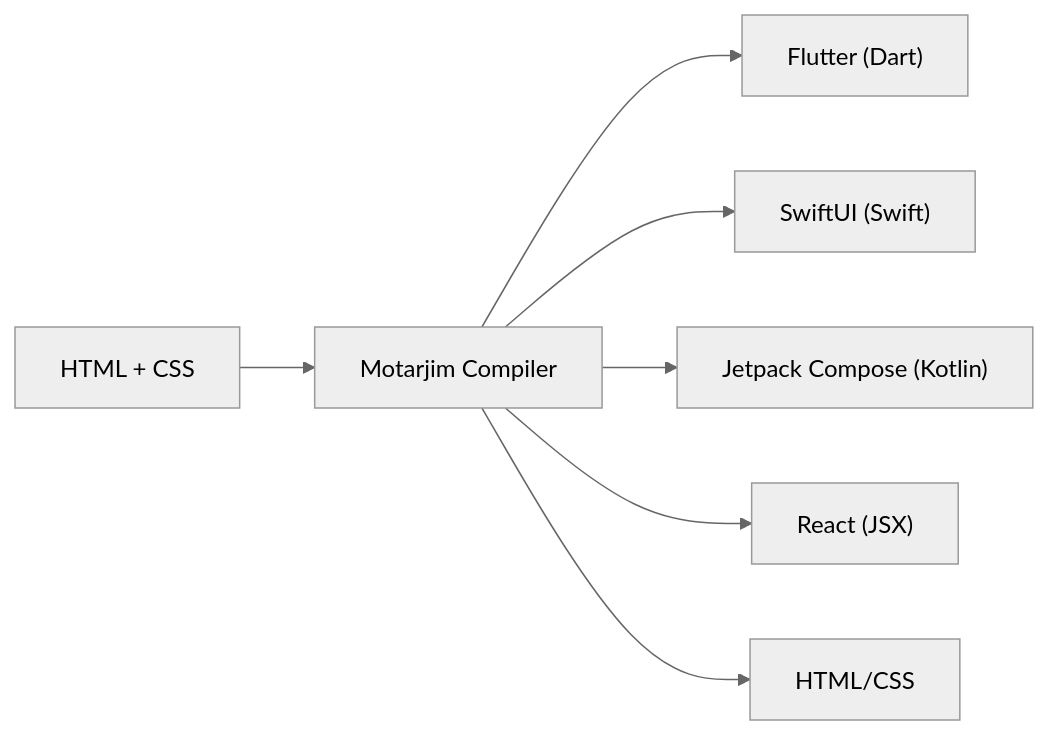
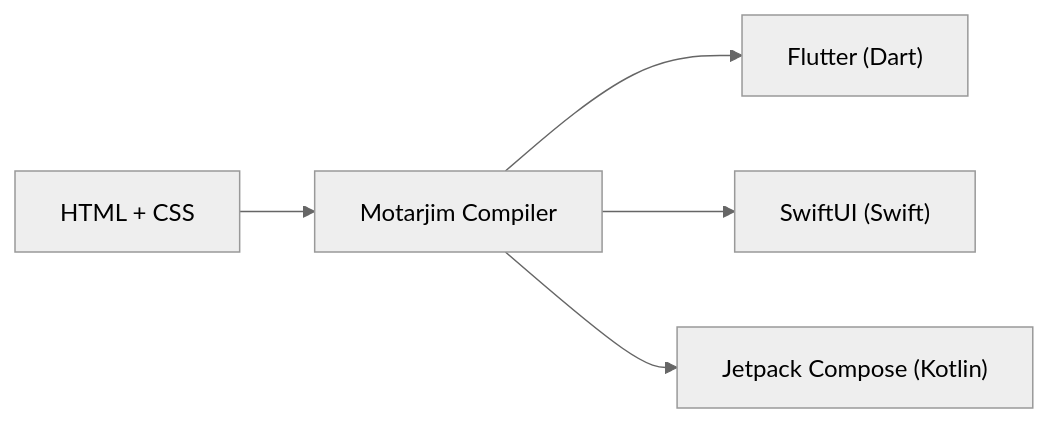
The first of 11 diagrams in README.md (abdelrzz9/motarjim), drawn with Mermaid (neutral theme) before and after one commit. The commit also changed other lines of this file, not shown here.

Commit message:
fix: remove React JSX and HTML from output targets, only Flutter/SwiftUI/Compose are available

````diff
--- a/README.md
+++ b/README.md
@@ -141,9 +141,7 @@
 ```mermaid
 graph LR
     A["HTML + CSS"] --> B["Motarjim Compiler"]
     B --> C["Flutter (Dart)"]
     B --> D["SwiftUI (Swift)"]
     B --> E["Jetpack Compose (Kotlin)"]
-    B --> F["React (JSX)"]
-    B --> G["HTML/CSS"]
 ```
````
